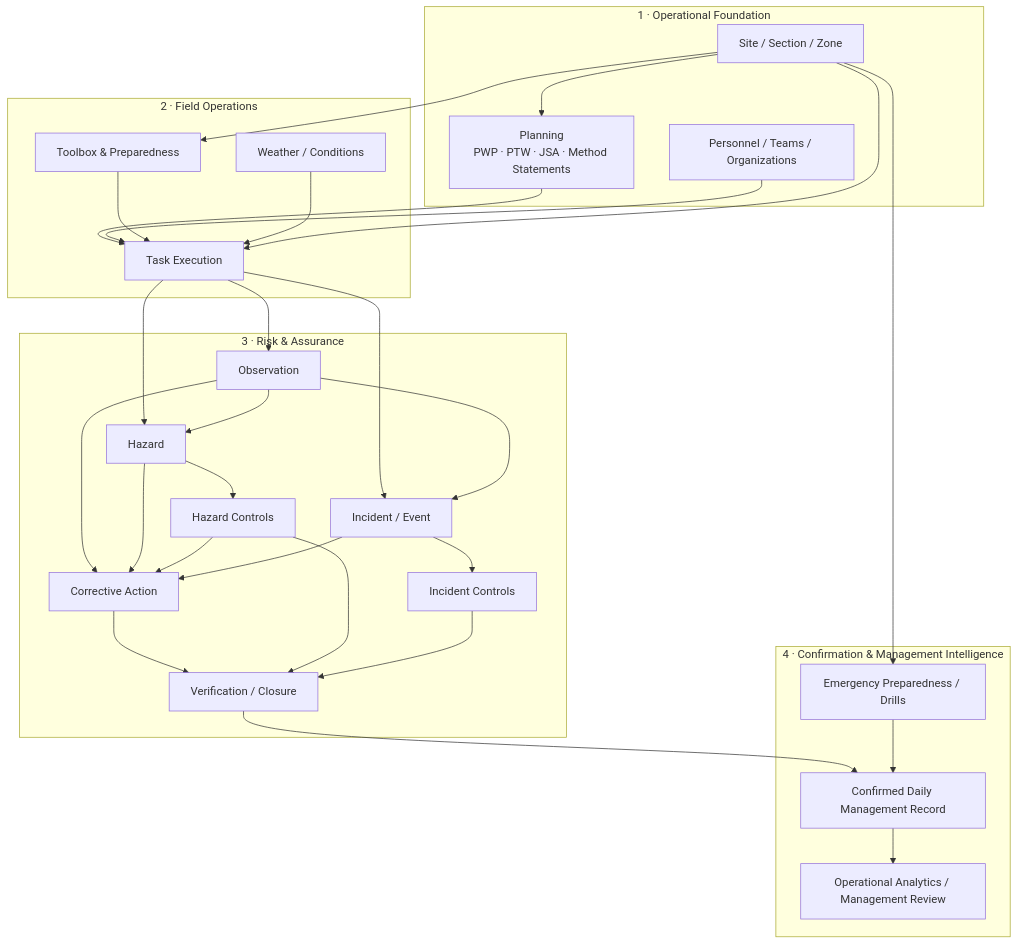
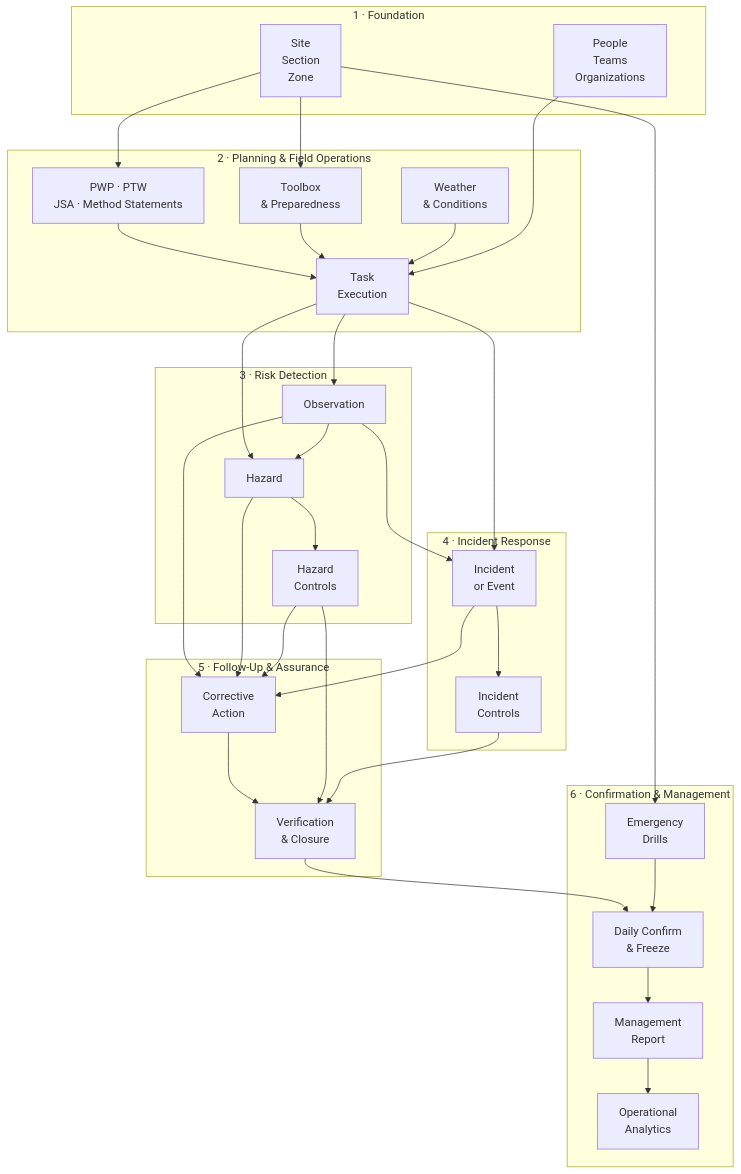
The second of 2 diagrams in README.md (Euchie23/Euchie23), drawn with Mermaid before and after one commit. The commit also changed other lines of this file, not shown here.

Commit message:
Revise conceptual operational risk model in README

````diff
--- a/README.md
+++ b/README.md
@@ -203,64 +203,70 @@
 ```mermaid
 flowchart TB
 
-    subgraph FOUNDATION["1 · Operational Foundation"]
-        SITE["Site / Section / Zone"]
-        PEOPLE["Personnel / Teams / Organizations"]
-        PLAN["Planning\nPWP · PTW · JSA · Method Statements"]
+    subgraph F1["1 · Foundation"]
+        SITE["Site<br/>Section<br/>Zone"]
+        PEOPLE["People<br/>Teams<br/>Organizations"]
     end
 
-    subgraph OPERATIONS["2 · Field Operations"]
-        TOOLBOX["Toolbox & Preparedness"]
-        TASK["Task Execution"]
-        WEATHER["Weather / Conditions"]
+    subgraph F2["2 · Planning & Field Operations"]
+        PLAN["PWP · PTW<br/>JSA · Method Statements"]
+        TOOLBOX["Toolbox<br/>& Preparedness"]
+        TASK["Task<br/>Execution"]
+        WEATHER["Weather<br/>& Conditions"]
 
         PLAN --> TASK
-        PEOPLE --> TASK
         TOOLBOX --> TASK
         WEATHER --> TASK
     end
 
-    subgraph RISK["3 · Risk & Assurance"]
+    subgraph F3["3 · Risk Detection"]
         OBS["Observation"]
         HAZ["Hazard"]
-        HCTRL["Hazard Controls"]
-        INC["Incident / Event"]
-        ICTRL["Incident Controls"]
-        CA["Corrective Action"]
-        VERIFY["Verification / Closure"]
+        HCTRL["Hazard<br/>Controls"]
 
         TASK --> OBS
         TASK --> HAZ
+        OBS --> HAZ
+        HAZ --> HCTRL
+    end
+
+    subgraph F4["4 · Incident Response"]
+        INC["Incident<br/>or Event"]
+        ICTRL["Incident<br/>Controls"]
+
         TASK --> INC
+        OBS --> INC
+        INC --> ICTRL
+    end
 
-        OBS --> HAZ
-        OBS --> INC
-
-        HAZ --> HCTRL
-        INC --> ICTRL
+    subgraph F5["5 · Follow-Up & Assurance"]
+        CA["Corrective<br/>Action"]
+        VERIFY["Verification<br/>& Closure"]
 
         OBS --> CA
         HAZ --> CA
         HCTRL --> CA
         INC --> CA
 
         CA --> VERIFY
         HCTRL --> VERIFY
         ICTRL --> VERIFY
     end
 
-    subgraph REPORTING["4 · Confirmation & Management Intelligence"]
-        DRILL["Emergency Preparedness / Drills"]
-        REPORT["Confirmed Daily Management Record"]
-        ANALYTICS["Operational Analytics / Management Review"]
+    subgraph F6["6 · Confirmation & Management"]
+        DRILL["Emergency<br/>Drills"]
+        CONFIRM["Daily Confirm<br/>& Freeze"]
+        REPORT["Management<br/>Report"]
+        ANALYTICS["Operational<br/>Analytics"]
 
-        VERIFY --> REPORT
-        DRILL --> REPORT
+        VERIFY --> CONFIRM
+        DRILL --> CONFIRM
+        CONFIRM --> REPORT
         REPORT --> ANALYTICS
     end
 
     SITE --> PLAN
     SITE --> TOOLBOX
-    SITE --> TASK
+    PEOPLE --> TASK
     SITE --> DRILL
 ```
````
